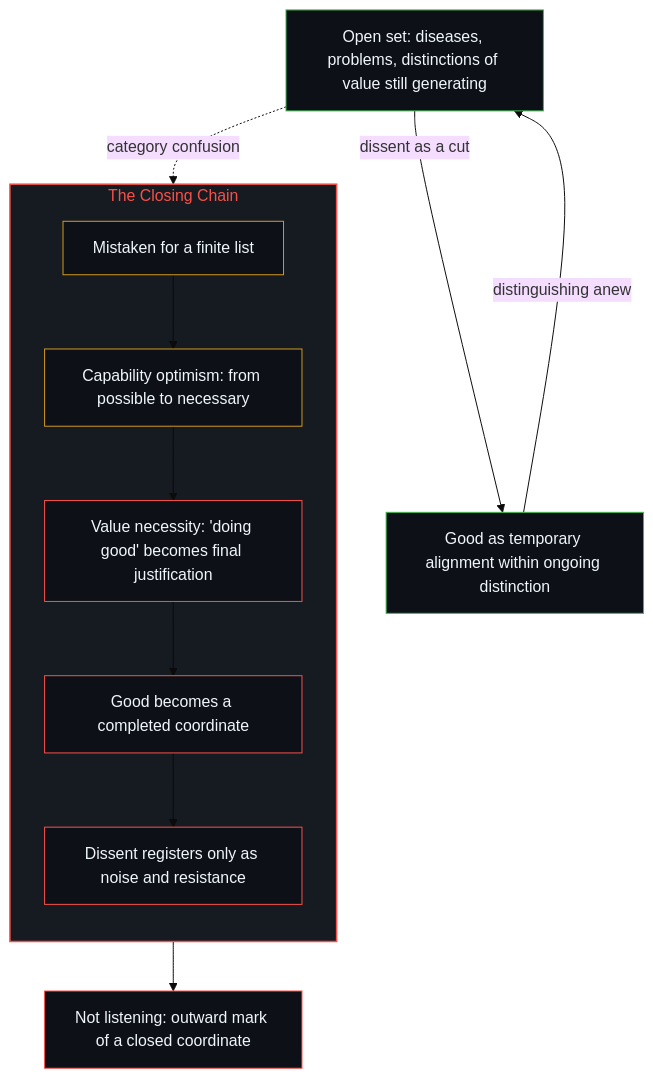
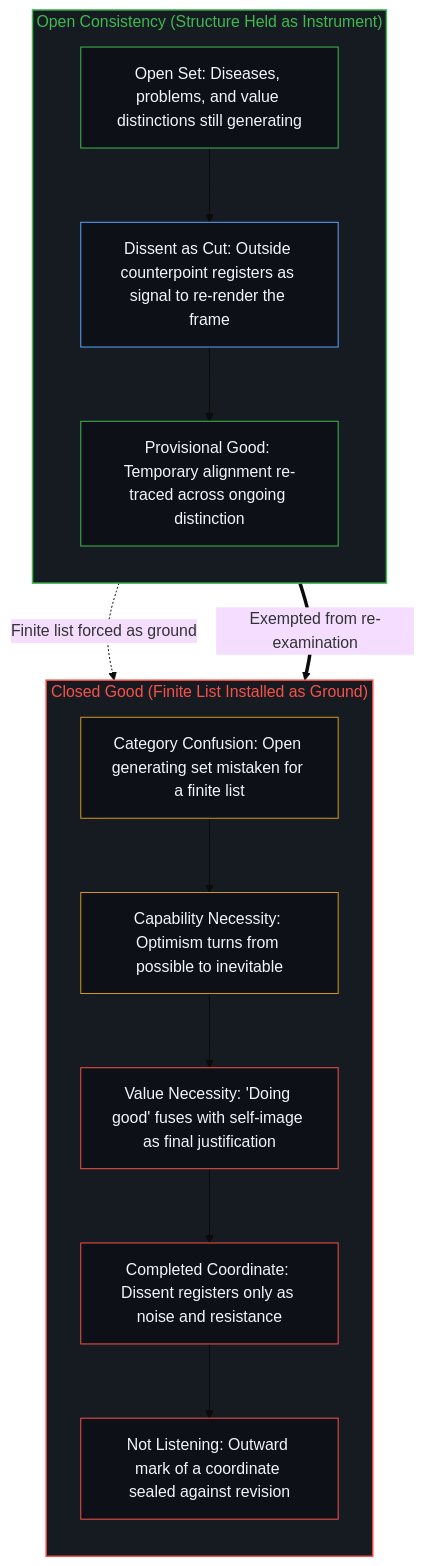
The second of 2 diagrams in content/posts/e-shi-feng-bi-de-shan.md (powerpig99/not-a-toe), drawn with Mermaid (base theme) before and after one commit. The commit also changed other lines of this file and 1 other file, not shown here.

````diff
--- a/content/posts/e-shi-feng-bi-de-shan.md
+++ b/content/posts/e-shi-feng-bi-de-shan.md
@@ -97,25 +106,34 @@
 ```mermaid
 flowchart TD
-    A["Open set: diseases, problems, distinctions of value still generating"]
-    subgraph S_C["The Closing Chain"]
+    subgraph S_Open["Open Consistency (Structure Held as Instrument)"]
         direction TB
-        C1["Mistaken for a finite list"]
-        C2["Capability optimism: from possible to necessary"]
-        C3["Value necessity: 'doing good' becomes final justification"]
-        C4["Good becomes a completed coordinate"]
-        C5["Dissent registers only as noise and resistance"]
+        O1["Open Set: Diseases, problems, and value distinctions still generating"]
+        O2["Dissent as Cut: Outside counterpoint registers as signal to re-render the frame"]
+        O3["Provisional Good: Temporary alignment re-traced across ongoing distinction"]
+        O1 --> O2 --> O3
     end
-    D["Not listening: outward mark of a closed coordinate"]
-    A -.->|"category confusion"| C1 --> C2 --> C3 --> C4 --> C5 --> D
-    A -->|"dissent as a cut"| R["Good as temporary alignment within ongoing distinction"]
-    R -->|"distinguishing anew"| A
-    style S_C fill:#161b22,stroke:#f85149,stroke-width:1.5px,color:#f85149
-    style A fill:#0d1117,stroke:#3fb950,stroke-width:1px,color:#f0f6fc
-    style R fill:#0d1117,stroke:#3fb950,stroke-width:1px,color:#f0f6fc
+
+    subgraph S_Closed["Closed Good (Finite List Installed as Ground)"]
+        direction TB
+        C1["Category Confusion: Open generating set mistaken for a finite list"]
+        C2["Capability Necessity: Optimism turns from possible to inevitable"]
+        C3["Value Necessity: 'Doing good' fuses with self-image as final justification"]
+        C4["Completed Coordinate: Dissent registers only as noise and resistance"]
+        C5["Not Listening: Outward mark of a coordinate sealed against revision"]
+        C1 --> C2 --> C3 --> C4 --> C5
+    end
+
+    O1 -.->|"Finite list forced as ground"| C1
+    O3 ==>|"Exempted from re-examination"| C3
+
+    style S_Open fill:#161b22,stroke:#3fb950,stroke-width:1.5px,color:#3fb950
+    style S_Closed fill:#161b22,stroke:#f85149,stroke-width:1.5px,color:#f85149
+    style O1 fill:#0d1117,stroke:#3fb950,stroke-width:1px,color:#f0f6fc
+    style O2 fill:#0d1117,stroke:#58a6ff,stroke-width:1px,color:#f0f6fc
+    style O3 fill:#0d1117,stroke:#3fb950,stroke-width:1px,color:#f0f6fc
     style C1 fill:#0d1117,stroke:#d29922,stroke-width:1px,color:#f0f6fc
     style C2 fill:#0d1117,stroke:#d29922,stroke-width:1px,color:#f0f6fc
     style C3 fill:#0d1117,stroke:#f85149,stroke-width:1px,color:#f0f6fc
     style C4 fill:#0d1117,stroke:#f85149,stroke-width:1px,color:#f0f6fc
     style C5 fill:#0d1117,stroke:#f85149,stroke-width:1px,color:#f0f6fc
-    style D fill:#0d1117,stroke:#f85149,stroke-width:1px,color:#f0f6fc
 ```
````
